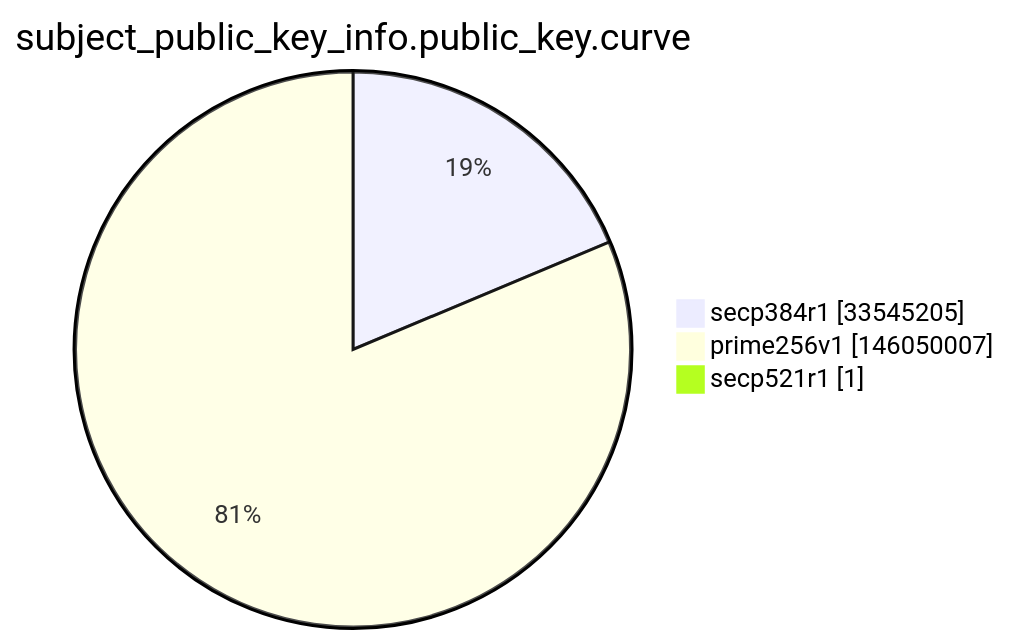
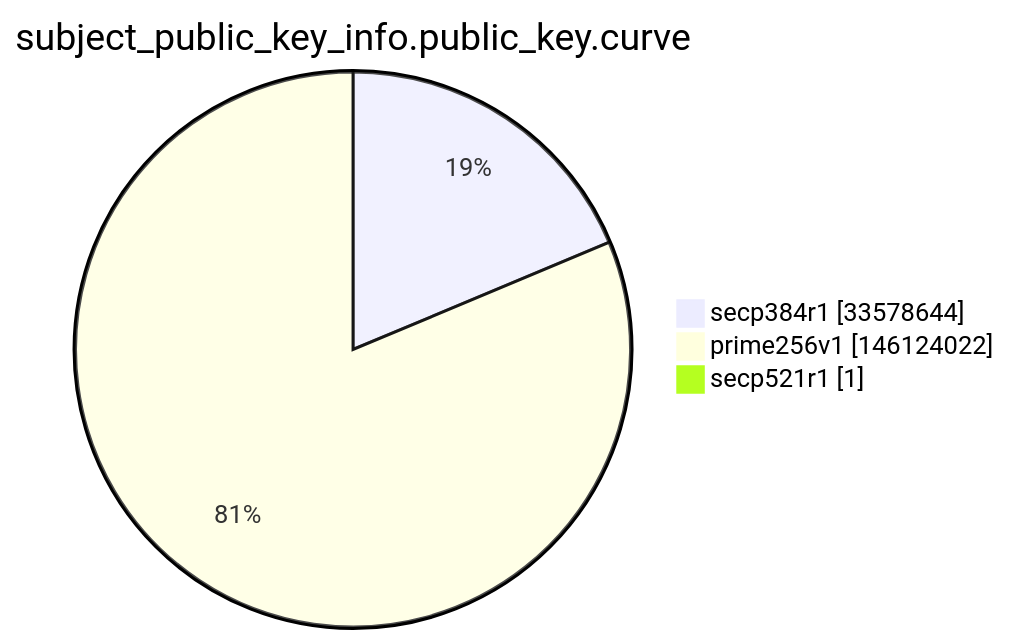
One commit to christiankrug/ctmonitor_visualization changed the ninth of 15 diagrams in argon2022/README.md. Above: the diagram before and after it, drawn with Mermaid. The commit also changed other lines of this file, not shown here.

````diff
--- a/argon2022/README.md
+++ b/argon2022/README.md
@@ -2764,7 +2764,7 @@
 ```mermaid
 pie showData
 title subject_public_key_info.public_key.curve
-"secp384r1" :33545205
-"prime256v1" :146050007
+"secp384r1" :33578644
+"prime256v1" :146124022
 "secp521r1" :1
 ```
````
